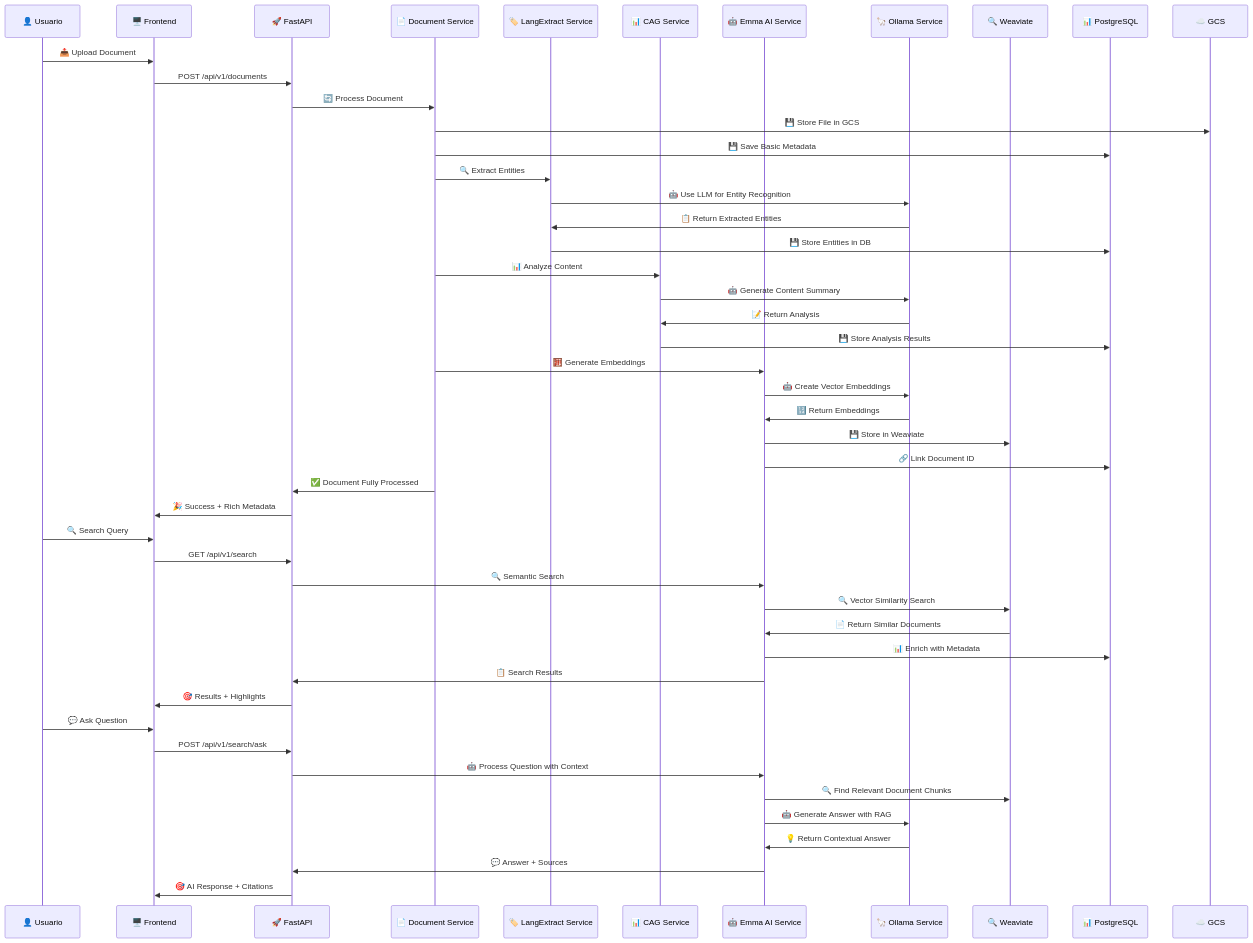
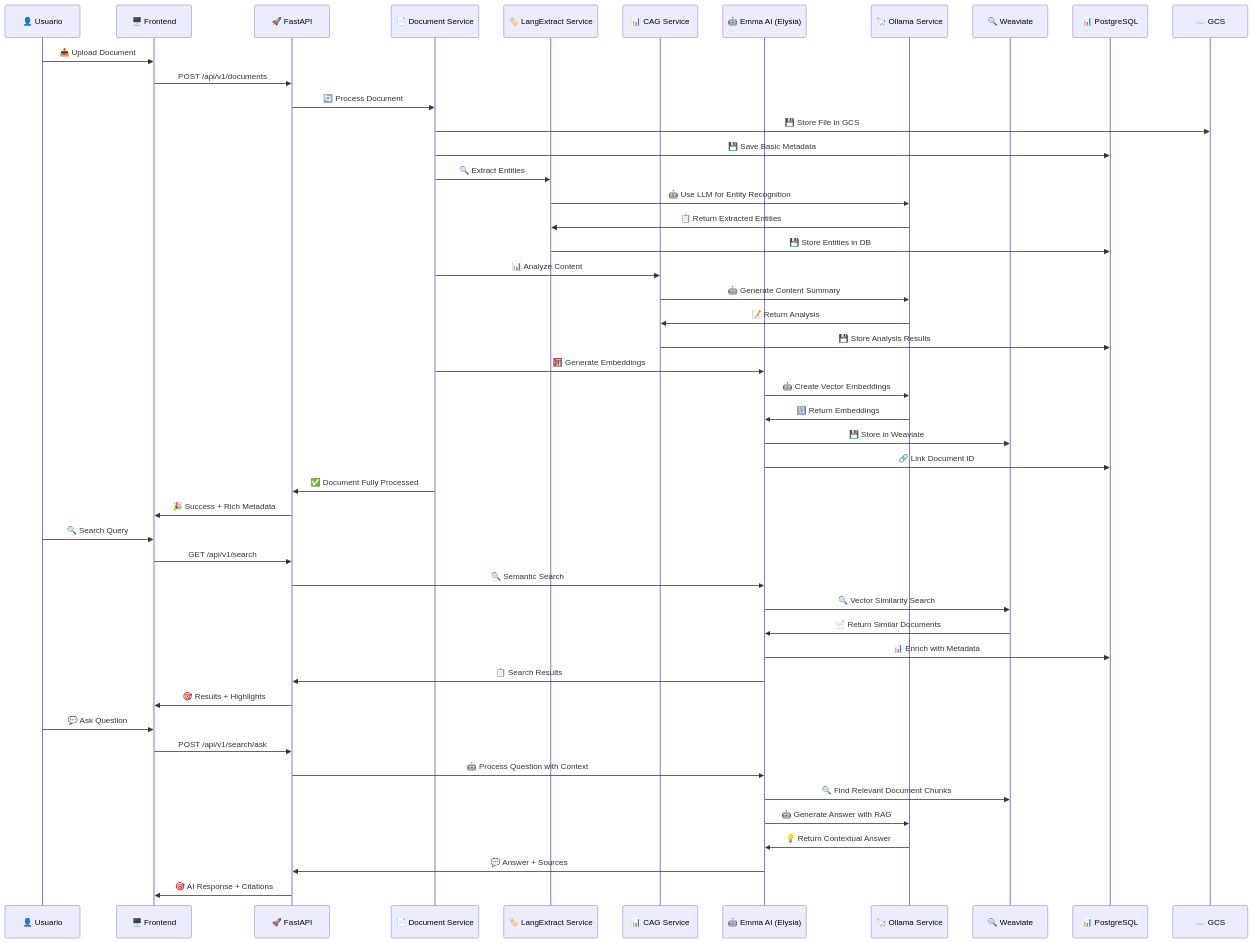
Before and after one commit to horelvis/nexus-documents-ia: the third of 5 diagrams in README.md, drawn with Mermaid. The commit also changed other lines of this file, not shown here.

First line of the commit message:
docs: mejorar referencias a Elysia Framework en diagramas y flujos

````diff
--- a/README.md
+++ b/README.md
@@ -300,66 +300,66 @@
 ```mermaid
 sequenceDiagram
     participant U as 👤 Usuario
     participant F as 🖥️ Frontend
     participant A as 🚀 FastAPI
     participant D as 📄 Document Service
     participant LE as 🏷️ LangExtract Service
     participant CAG as 📊 CAG Service
-    participant E as 🤖 Emma AI Service
+    participant E as 🤖 Emma AI (Elysia)
     participant O as 🦙 Ollama Service
     participant W as 🔍 Weaviate
     participant P as 📊 PostgreSQL
     participant G as ☁️ GCS
 
     %% Upload y Procesamiento Inicial
     U->>F: 📤 Upload Document
     F->>A: POST /api/v1/documents
     A->>D: 🔄 Process Document
 
     %% Almacenamiento
     D->>G: 💾 Store File in GCS
     D->>P: 💾 Save Basic Metadata
 
     %% Extracción de Entidades (Automática)
     D->>LE: 🔍 Extract Entities
     LE->>O: 🤖 Use LLM for Entity Recognition
     O->>LE: 📋 Return Extracted Entities
     LE->>P: 💾 Store Entities in DB
 
     %% Análisis de Contenido
     D->>CAG: 📊 Analyze Content
     CAG->>O: 🤖 Generate Content Summary
     O->>CAG: 📝 Return Analysis
     CAG->>P: 💾 Store Analysis Results
 
     %% Generación de Embeddings
     D->>E: 🧮 Generate Embeddings
     E->>O: 🤖 Create Vector Embeddings
     O->>E: 🔢 Return Embeddings
     E->>W: 💾 Store in Weaviate
     E->>P: 🔗 Link Document ID
 
     %% Respuesta Final
     D->>A: ✅ Document Fully Processed
     A->>F: 🎉 Success + Rich Metadata
 
     %% Búsqueda Semántica
     U->>F: 🔍 Search Query
     F->>A: GET /api/v1/search
     A->>E: 🔍 Semantic Search
     E->>W: 🔍 Vector Similarity Search
     W->>E: 📄 Return Similar Documents
     E->>P: 📊 Enrich with Metadata
     E->>A: 📋 Search Results
     A->>F: 🎯 Results + Highlights
 
     %% Chat con Documentos
     U->>F: 💬 Ask Question
     F->>A: POST /api/v1/search/ask
     A->>E: 🤖 Process Question with Context
     E->>W: 🔍 Find Relevant Document Chunks
     E->>O: 🤖 Generate Answer with RAG
     O->>E: 💡 Return Contextual Answer
     E->>A: 💬 Answer + Sources
     A->>F: 🎯 AI Response + Citations
 ```
````
